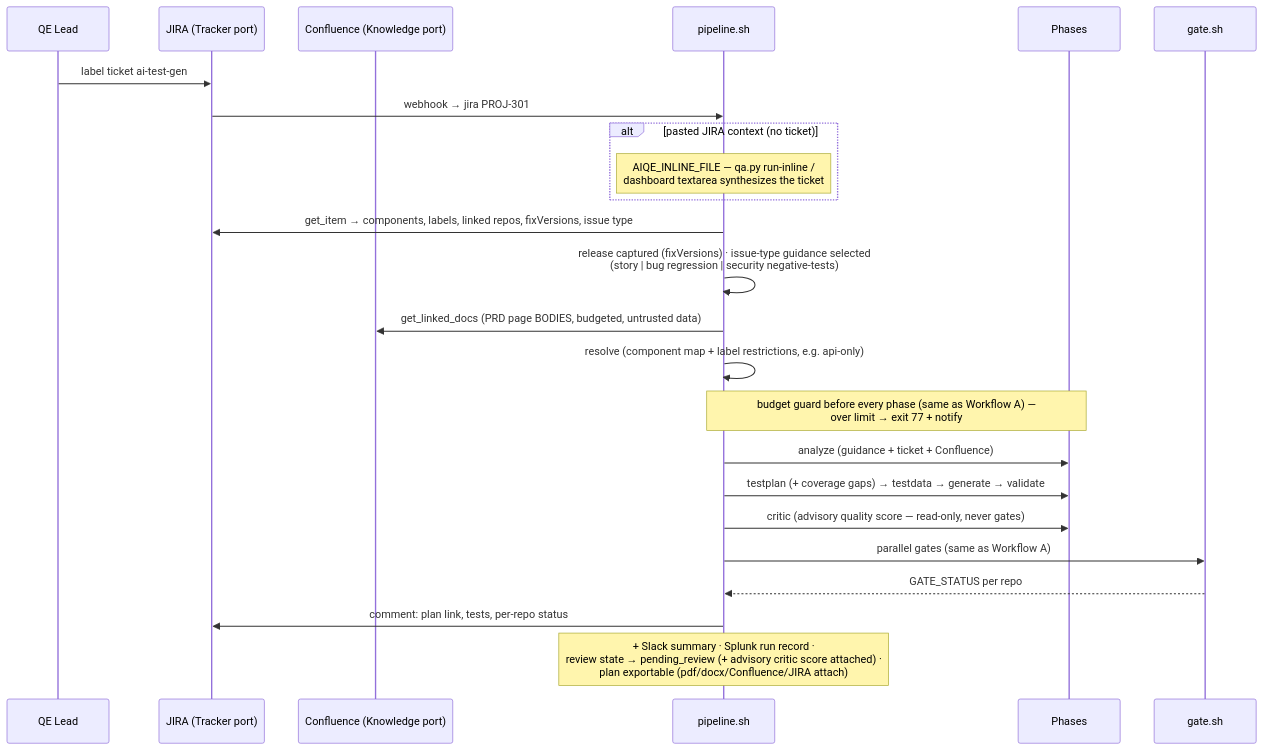
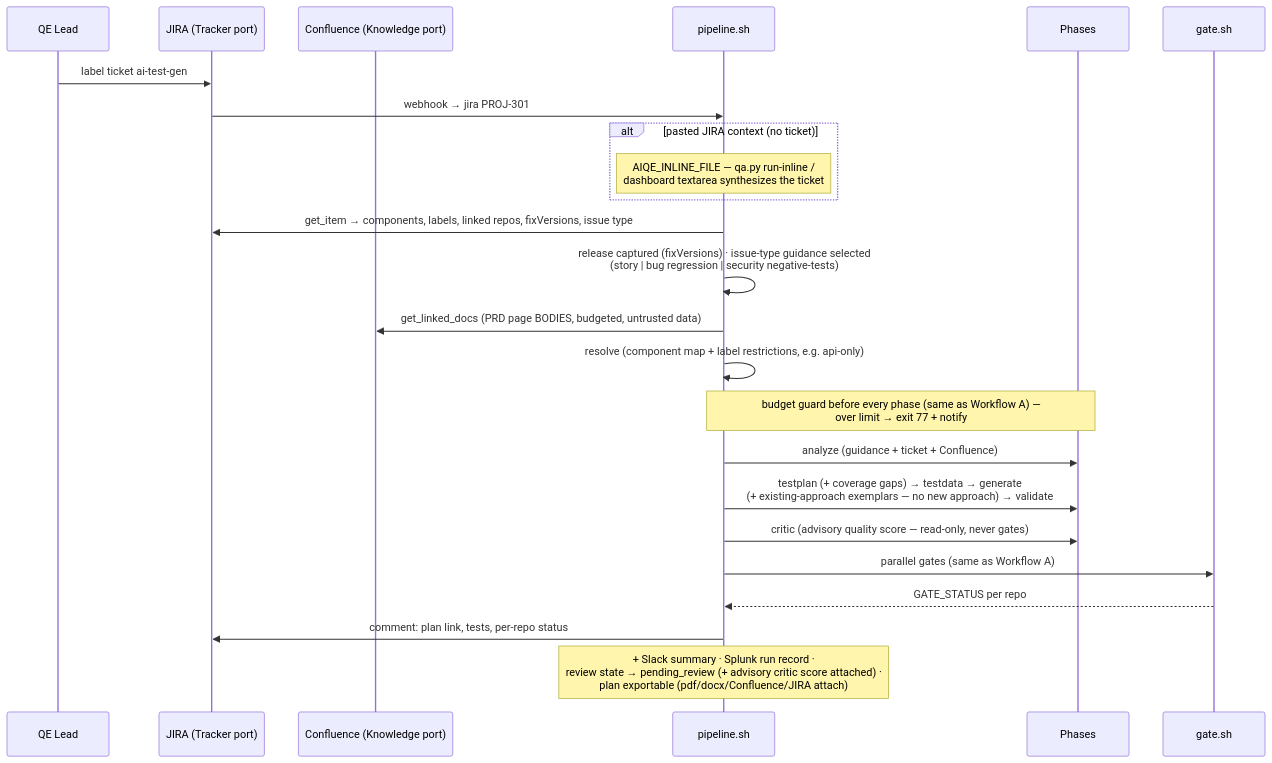
Before and after one commit to anandtopu/auto-tests-gen: the fourth of 15 diagrams in docs/diagrams.md, drawn with Mermaid. The commit also changed other lines of this file and 26 other files, not shown here.

First line of the commit message:
feat: generated tests follow the target repo's EXISTING approach

````diff
--- a/docs/diagrams.md
+++ b/docs/diagrams.md
@@ -116,27 +116,27 @@
 ```mermaid
 sequenceDiagram
     participant QE as QE Lead
     participant J as JIRA (Tracker port)
     participant C as Confluence (Knowledge port)
     participant P as pipeline.sh
     participant LLM as Phases
     participant G as gate.sh
 
     QE->>J: label ticket ai-test-gen
     J->>P: webhook → jira PROJ-301
     alt pasted JIRA context (no ticket)
         Note over P: AIQE_INLINE_FILE — qa.py run-inline /<br/>dashboard textarea synthesizes the ticket
     end
     P->>J: get_item → components, labels, linked repos, fixVersions, issue type
     P->>P: release captured (fixVersions) · issue-type guidance selected<br/>(story | bug regression | security negative-tests)
     P->>C: get_linked_docs (PRD page BODIES, budgeted, untrusted data)
     P->>P: resolve (component map + label restrictions, e.g. api-only)
     Note over P,LLM: budget guard before every phase (same as Workflow A) —<br/>over limit → exit 77 + notify
     P->>LLM: analyze (guidance + ticket + Confluence)
-    P->>LLM: testplan (+ coverage gaps) → testdata → generate → validate
+    P->>LLM: testplan (+ coverage gaps) → testdata → generate<br/>(+ existing-approach exemplars — no new approach) → validate
     P->>LLM: critic (advisory quality score — read-only, never gates)
     P->>G: parallel gates (same as Workflow A)
     G-->>P: GATE_STATUS per repo
     P->>J: comment: plan link, tests, per-repo status
     Note over P: + Slack summary · Splunk run record ·<br/>review state → pending_review (+ advisory critic score attached) ·<br/>plan exportable (pdf/docx/Confluence/JIRA attach)
 ```
````
